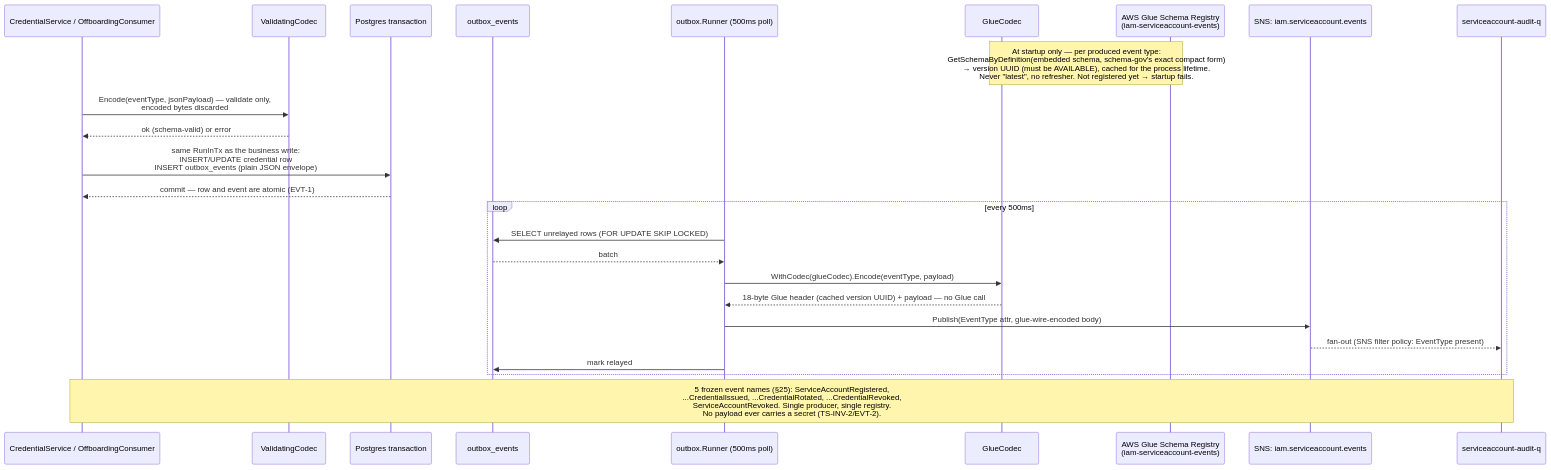
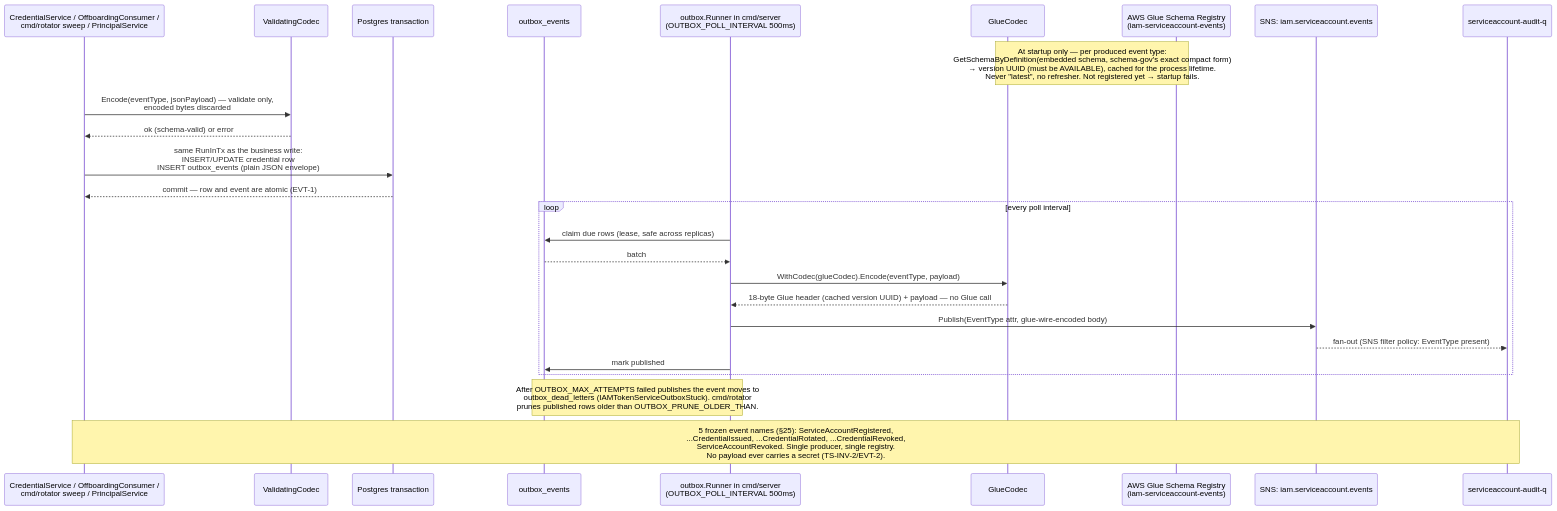
One commit to BCBP-SOLUTIONS-FZC-LLC/iam-token-service changed the tenth of 13 diagrams in ARCHITECTURE.md. Above: the diagram before and after it, drawn with Mermaid. The commit also changed other lines of this file and 234 other files, not shown here.

````diff
--- a/ARCHITECTURE.md
+++ b/ARCHITECTURE.md
@@ -742,30 +972,31 @@
 ```mermaid
 sequenceDiagram
-    participant SVC as CredentialService / OffboardingConsumer
+    participant SVC as CredentialService / OffboardingConsumer /<br/>cmd/rotator sweep / PrincipalService
     participant CODEC as ValidatingCodec
     participant TX as Postgres transaction
     participant OUT as outbox_events
-    participant RUNNER as outbox.Runner (500ms poll)
+    participant RUNNER as outbox.Runner in cmd/server<br/>(OUTBOX_POLL_INTERVAL 500ms)
     participant GLUE as GlueCodec
     participant REG as AWS Glue Schema Registry<br/>(iam-serviceaccount-events)
     participant SNS as SNS: iam.serviceaccount.events
     participant SQS as serviceaccount-audit-q
 
     Note over GLUE,REG: At startup only — per produced event type:<br/>GetSchemaByDefinition(embedded schema, schema-gov's exact compact form)<br/>→ version UUID (must be AVAILABLE), cached for the process lifetime.<br/>Never "latest", no refresher. Not registered yet → startup fails.
     SVC->>CODEC: Encode(eventType, jsonPayload) — validate only,<br/>encoded bytes discarded
     CODEC-->>SVC: ok (schema-valid) or error
     SVC->>TX: same RunInTx as the business write:<br/>INSERT/UPDATE credential row<br/>INSERT outbox_events (plain JSON envelope)
     TX-->>SVC: commit — row and event are atomic (EVT-1)
 
-    loop every 500ms
-        RUNNER->>OUT: SELECT unrelayed rows (FOR UPDATE SKIP LOCKED)
+    loop every poll interval
+        RUNNER->>OUT: claim due rows (lease, safe across replicas)
         OUT-->>RUNNER: batch
         RUNNER->>GLUE: WithCodec(glueCodec).Encode(eventType, payload)
         GLUE-->>RUNNER: 18-byte Glue header (cached version UUID) + payload — no Glue call
         RUNNER->>SNS: Publish(EventType attr, glue-wire-encoded body)
         SNS-->>SQS: fan-out (SNS filter policy: EventType present)
-        RUNNER->>OUT: mark relayed
+        RUNNER->>OUT: mark published
     end
+    Note over RUNNER,OUT: After OUTBOX_MAX_ATTEMPTS failed publishes the event moves to<br/>outbox_dead_letters (IAMTokenServiceOutboxStuck). cmd/rotator<br/>prunes published rows older than OUTBOX_PRUNE_OLDER_THAN.
 
     Note over SVC,SQS: 5 frozen event names (§25): ServiceAccountRegistered,<br/>...CredentialIssued, ...CredentialRotated, ...CredentialRevoked,<br/>ServiceAccountRevoked. Single producer, single registry.<br/>No payload ever carries a secret (TS-INV-2/EVT-2).
 ```
````
